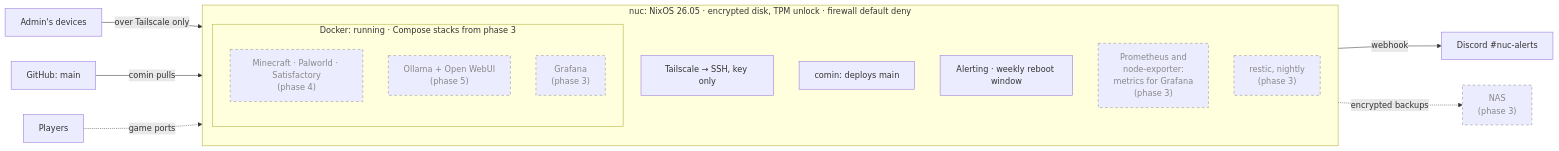
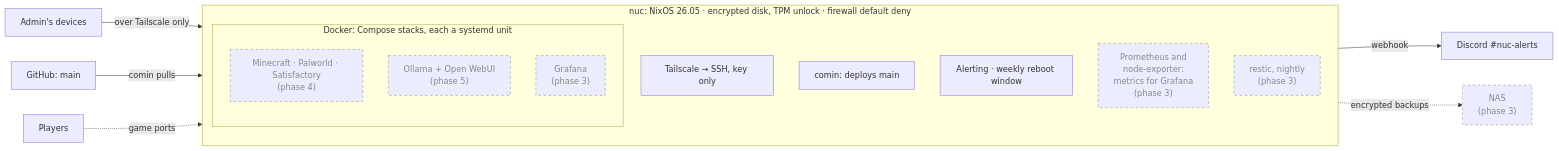
One commit to alexCranfield/nixos-homeserver changed the second of 2 diagrams in README.md. Above: the diagram before and after it, drawn with Mermaid. The commit also changed other lines of this file and 62 other files, not shown here.

First line of the commit message:
3.2: Compose stacks as systemd units, with public ports enforced (#23) (#133)

````diff
--- a/README.md
+++ b/README.md
@@ -100,28 +100,28 @@
 ```mermaid
 flowchart LR
     admin["Admin's devices"]
     gh["GitHub: main"]
     players["Players"]
     subgraph nuc["nuc: NixOS 26.05 · encrypted disk, TPM unlock · firewall default deny"]
         direction TB
         ts["Tailscale → SSH, key only"]
         comin["comin: deploys main"]
         notify["Alerting · weekly reboot window"]
-        subgraph docker["Docker: running · Compose stacks from phase 3"]
+        subgraph docker["Docker: Compose stacks, each a systemd unit"]
             games["Minecraft · Palworld · Satisfactory<br/>(phase 4)"]
             llm["Ollama + Open WebUI<br/>(phase 5)"]
             grafana["Grafana<br/>(phase 3)"]
         end
         prom["Prometheus and<br/>node-exporter:<br/>metrics for Grafana<br/>(phase 3)"]
         restic["restic, nightly<br/>(phase 3)"]
     end
     discord["Discord #nuc-alerts"]
     nas["NAS<br/>(phase 3)"]
     admin -->|"over Tailscale only"| ts
     gh -->|"comin pulls"| comin
     players -.->|"game ports"| games
     notify -->|webhook| discord
     restic -.->|"encrypted backups"| nas
     classDef planned stroke-dasharray: 5 5,color:#888,stroke:#888
     class games,llm,grafana,prom,restic,nas planned
 ```
````
